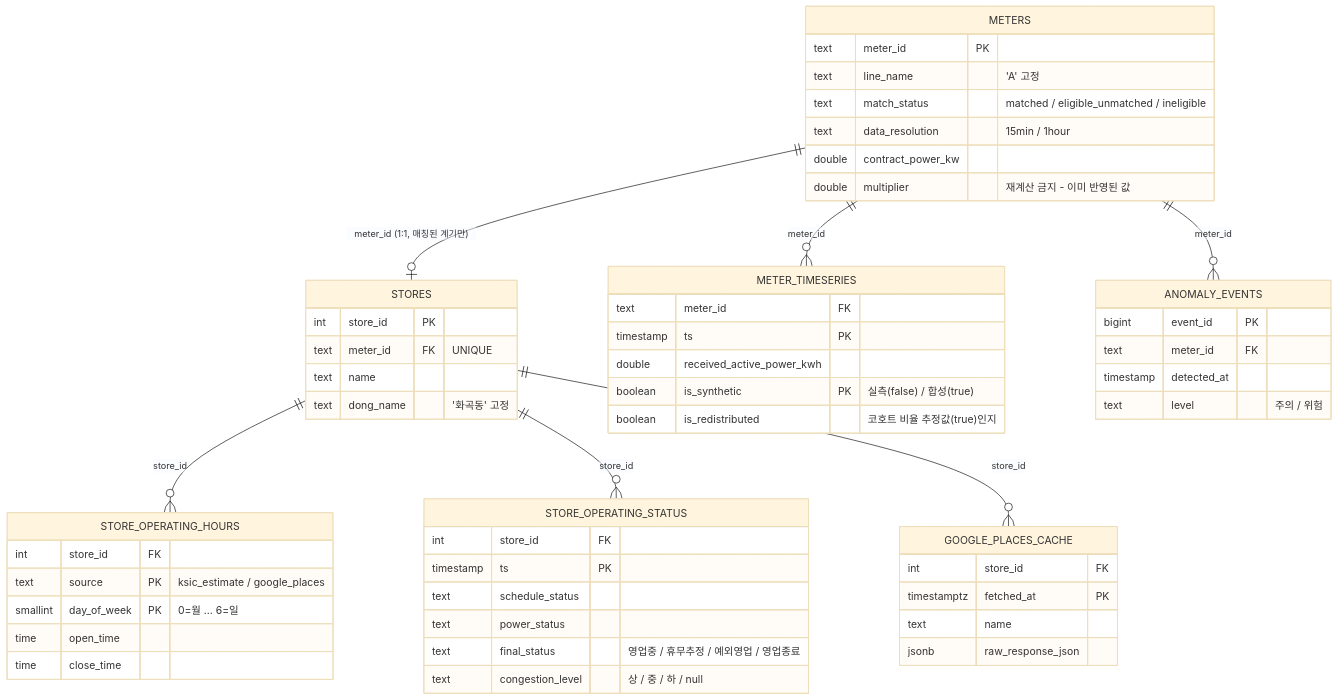
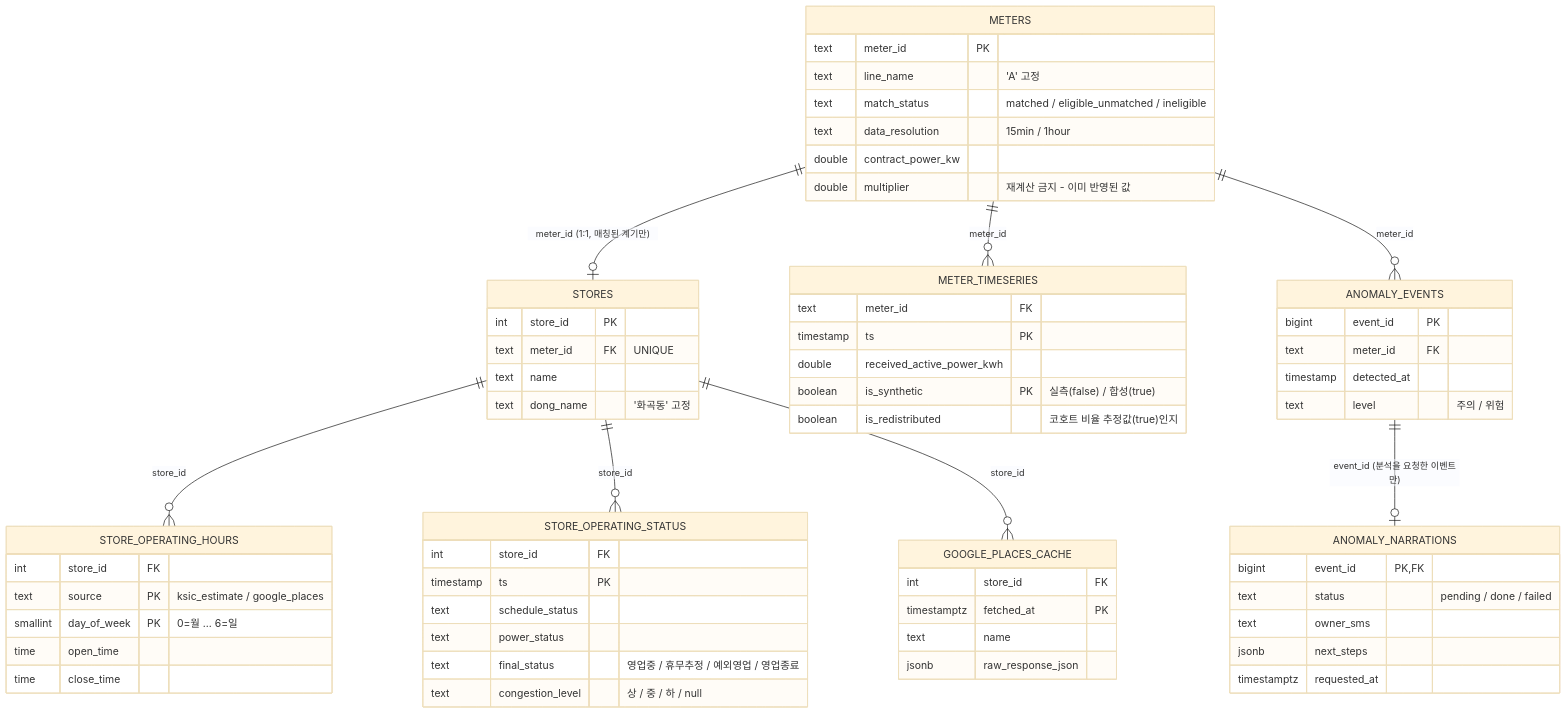
The diagram in docs/SCHEMA.md (CloakingGhost/kepco-ami), drawn with Mermaid (base theme) before and after one commit. The commit also changed other lines of this file and 16 other files, not shown here.

````diff
--- a/docs/SCHEMA.md
+++ b/docs/SCHEMA.md
@@ -62,58 +64,66 @@
 ```mermaid
 erDiagram
     METERS ||--o| STORES : "meter_id (1:1, 매칭된 계기만)"
     METERS ||--o{ METER_TIMESERIES : "meter_id"
     METERS ||--o{ ANOMALY_EVENTS : "meter_id"
     STORES ||--o{ STORE_OPERATING_HOURS : "store_id"
     STORES ||--o{ STORE_OPERATING_STATUS : "store_id"
     STORES ||--o{ GOOGLE_PLACES_CACHE : "store_id"
 
     METERS {
         text meter_id PK
         text line_name "'A' 고정"
         text match_status "matched / eligible_unmatched / ineligible"
         text data_resolution "15min / 1hour"
         double contract_power_kw
         double multiplier "재계산 금지 - 이미 반영된 값"
     }
     METER_TIMESERIES {
         text meter_id FK
         timestamp ts PK
         double received_active_power_kwh
         boolean is_synthetic PK "실측(false) / 합성(true)"
         boolean is_redistributed "코호트 비율 추정값(true)인지"
     }
     STORES {
         int store_id PK
         text meter_id FK "UNIQUE"
         text name
         text dong_name "'화곡동' 고정"
     }
     STORE_OPERATING_HOURS {
         int store_id FK
         text source PK "ksic_estimate / google_places"
         smallint day_of_week PK "0=월 ... 6=일"
         time open_time
         time close_time
     }
     STORE_OPERATING_STATUS {
         int store_id FK
         timestamp ts PK
         text schedule_status
         text power_status
         text final_status "영업중 / 휴무추정 / 예외영업 / 영업종료"
         text congestion_level "상 / 중 / 하 / null"
     }
     ANOMALY_EVENTS {
         bigint event_id PK
         text meter_id FK
         timestamp detected_at
         text level "주의 / 위험"
     }
+    ANOMALY_EVENTS ||--o| ANOMALY_NARRATIONS : "event_id (분석을 요청한 이벤트만)"
+    ANOMALY_NARRATIONS {
+        bigint event_id PK, FK
+        text status "pending / done / failed"
+        text owner_sms
+        jsonb next_steps
+        timestamptz requested_at
+    }
     GOOGLE_PLACES_CACHE {
         int store_id FK
         timestamptz fetched_at PK
         text name
         jsonb raw_response_json
     }
 ```
````
